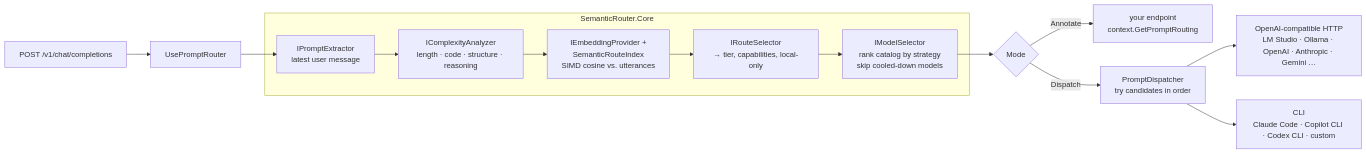
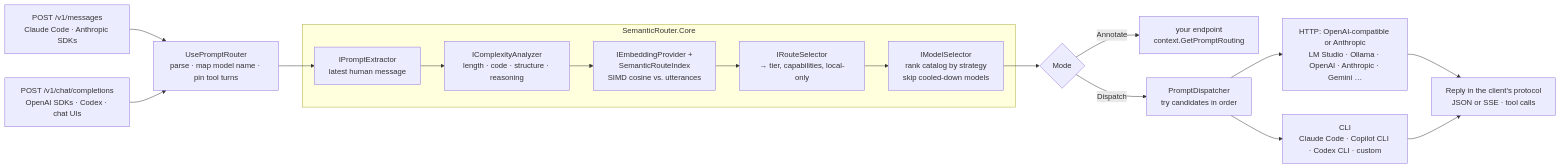
One commit to siebe41/SemanticRouter.NET changed the diagram in README.md. Above: the diagram before and after it, drawn with Mermaid. The commit also changed other lines of this file and 4 other files, not shown here.

First line of the commit message:
Documentation pass: architecture, roadmap, docs index and corrected client claims

````diff
--- a/README.md
+++ b/README.md
@@ -71,16 +72,19 @@
 ```mermaid
 flowchart LR
-    A[POST /v1/chat/completions] --> B[UsePromptRouter]
-    B --> C[IPromptExtractor<br/>latest user message]
+    A1[POST /v1/messages<br/>Claude Code · Anthropic SDKs] --> B
+    A2[POST /v1/chat/completions<br/>OpenAI SDKs · Codex · chat UIs] --> B
+    B[UsePromptRouter<br/>parse · map model name · pin tool turns] --> C[IPromptExtractor<br/>latest human message]
     subgraph Core [SemanticRouter.Core]
         C --> D[IComplexityAnalyzer<br/>length · code · structure · reasoning]
         D --> E[IEmbeddingProvider +<br/>SemanticRouteIndex<br/>SIMD cosine vs. utterances]
         E --> F[IRouteSelector<br/>→ tier, capabilities, local-only]
         F --> G[IModelSelector<br/>rank catalog by strategy<br/>skip cooled-down models]
     end
     G --> H{Mode}
-    H -- Annotate --> I[your endpoint<br/>context.GetPromptRouting]
-    H -- Dispatch --> J[PromptDispatcher<br/>try candidates in order]
-    J --> K[OpenAI-compatible HTTP<br/>LM Studio · Ollama · OpenAI · Anthropic · Gemini …]
+    H -- "Annotate" --> I[your endpoint<br/>context.GetPromptRouting]
+    H -- "Dispatch" --> J[PromptDispatcher<br/>try candidates in order]
+    J --> K[HTTP: OpenAI-compatible or Anthropic<br/>LM Studio · Ollama · OpenAI · Anthropic · Gemini …]
     J --> L[CLI<br/>Claude Code · Copilot CLI · Codex CLI · custom]
+    K --> M[Reply in the client's protocol<br/>JSON or SSE · tool calls]
+    L --> M
 ```
````
